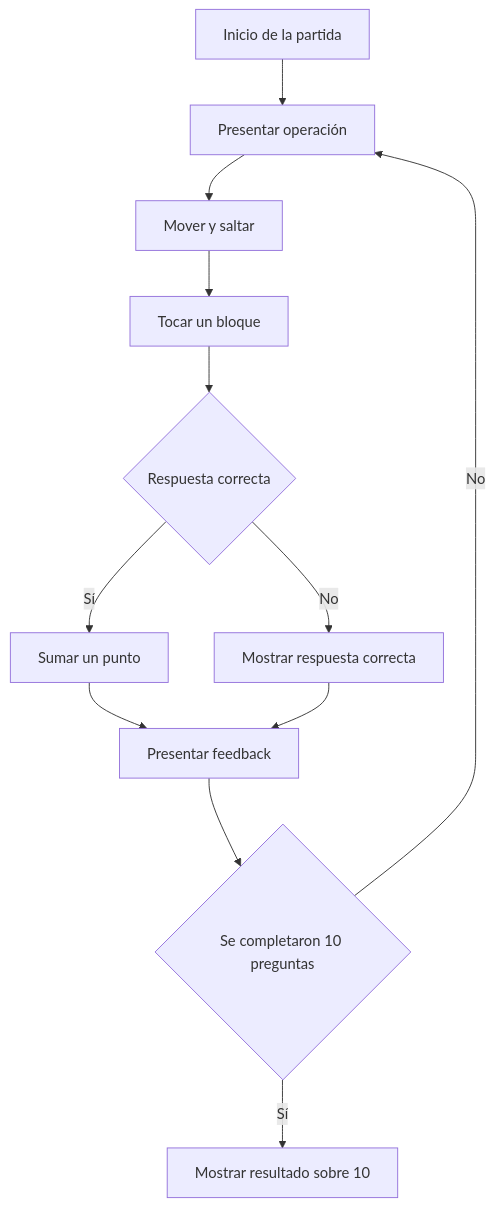
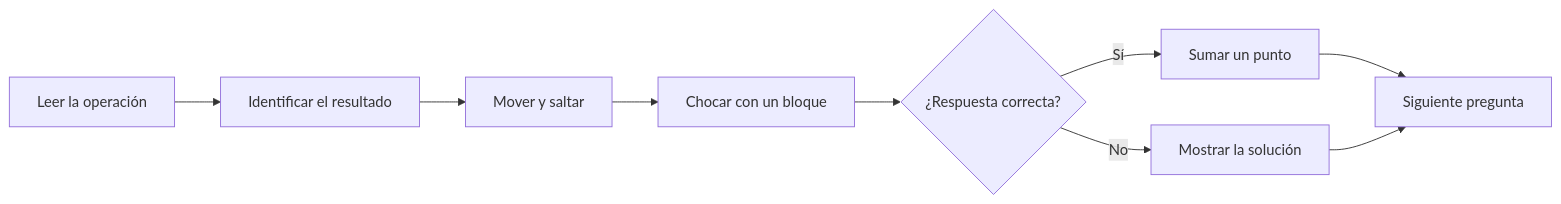
The diagram in juegos/edumundo/README.md (katfipol/game-development-portfolio), drawn with Mermaid before and after one commit. The commit also changed other lines of this file, not shown here.

````diff
--- a/juegos/edumundo/README.md
+++ b/juegos/edumundo/README.md
@@ -98,14 +136,11 @@
 ```mermaid
-flowchart TD
-    A[Inicio de la partida] --> B[Presentar operación]
+flowchart LR
+    A[Leer la operación] --> B[Identificar el resultado]
     B --> C[Mover y saltar]
-    C --> D[Tocar un bloque]
-    D --> E{Respuesta correcta}
+    C --> D[Chocar con un bloque]
+    D --> E{¿Respuesta correcta?}
     E -->|Sí| F[Sumar un punto]
-    E -->|No| G[Mostrar respuesta correcta]
-    F --> H[Presentar feedback]
+    E -->|No| G[Mostrar la solución]
+    F --> H[Siguiente pregunta]
     G --> H
-    H --> I{Se completaron 10 preguntas}
-    I -->|No| B
-    I -->|Sí| J[Mostrar resultado sobre 10]
 ```
````
